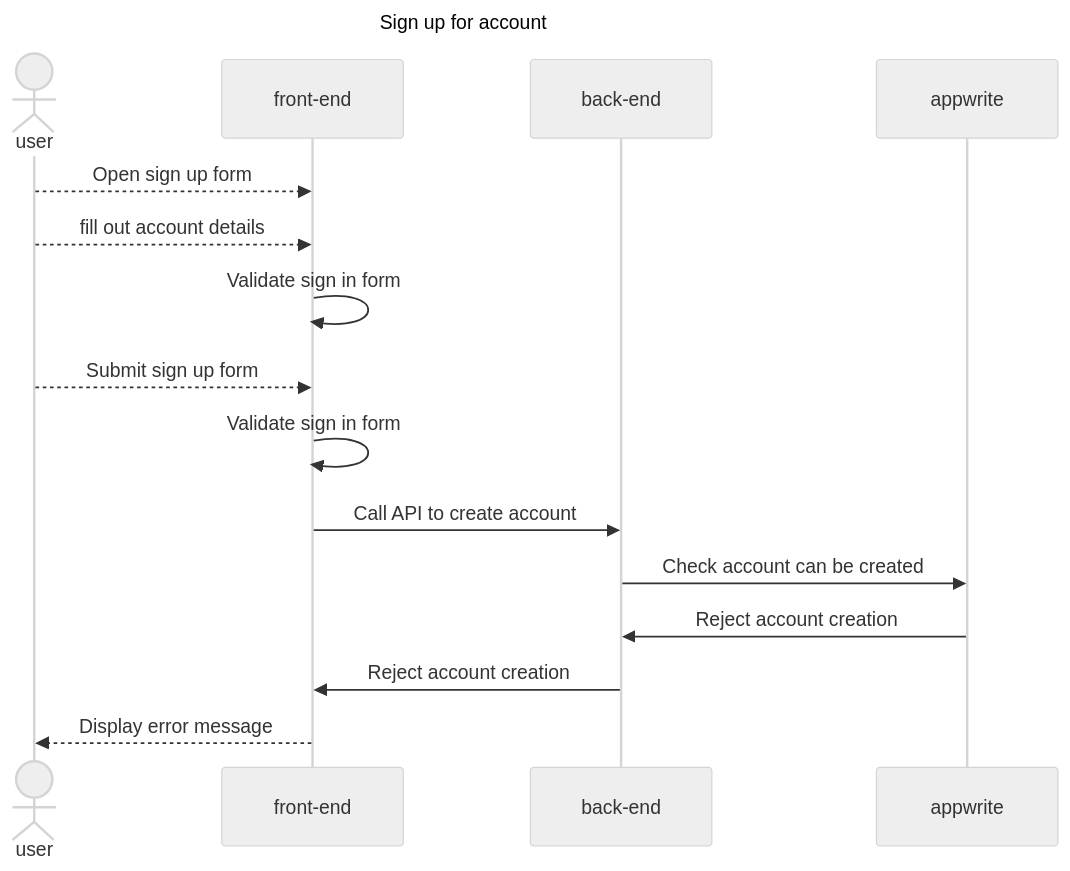
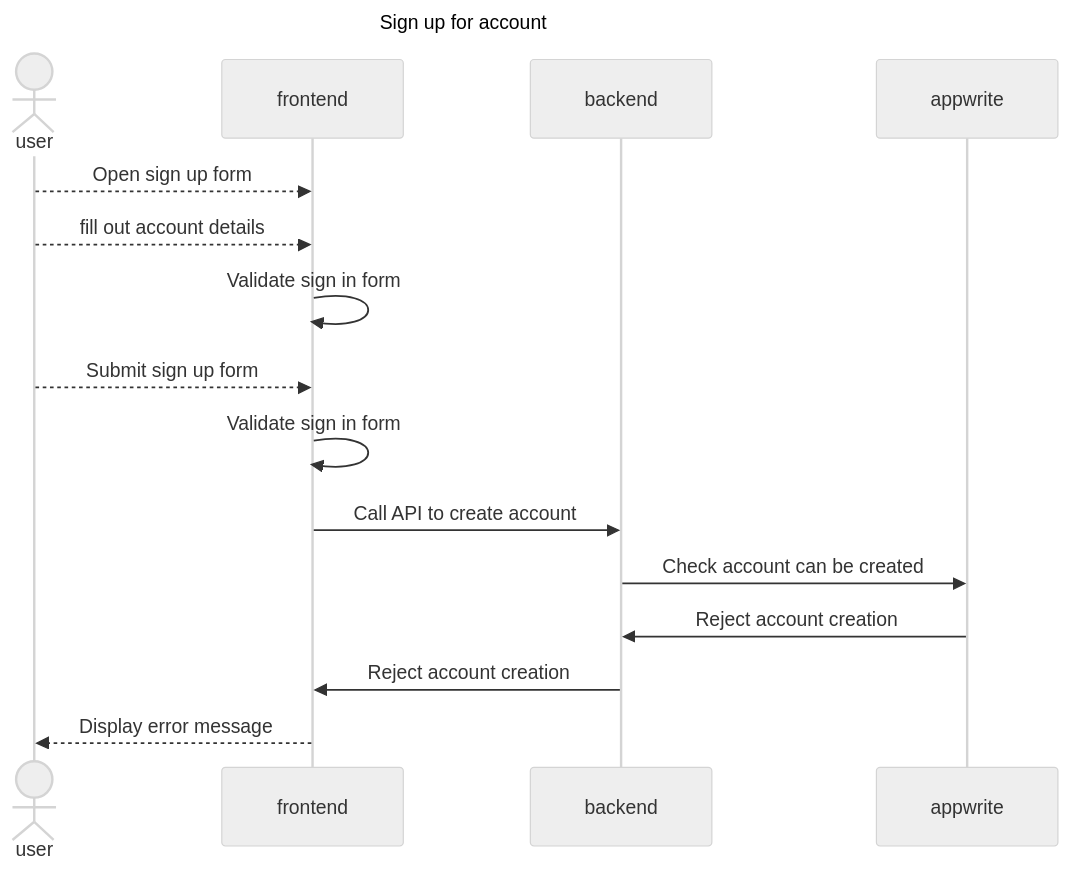
Before and after one commit to colinfwren/atomic-todo: the sixth of 6 diagrams in docs/user-flows/account/flows/creating-an-account.md, drawn with Mermaid (neutral theme). The commit also changed other lines of this file and 36 other files, not shown here.

Commit message:
Adding diagrams for user flows

````diff
--- a/docs/user-flows/account/flows/creating-an-account.md
+++ b/docs/user-flows/account/flows/creating-an-account.md
@@ -182,21 +184,21 @@
 ```mermaid
 ---
 title: Sign up for account
 ---
 sequenceDiagram
     actor user
-    participant front-end
-    participant back-end
+    participant frontend
+    participant backend
     participant appwrite
 
-    user-->>front-end: Open sign up form
-    user-->>front-end: fill out account details
-    front-end->>front-end: Validate sign in form
-    user-->>front-end: Submit sign up form
-    front-end->>front-end: Validate sign in form
-    front-end->>back-end: Call API to create account
-    back-end->>appwrite: Check account can be created
-    appwrite->>back-end: Reject account creation
-    back-end->>front-end: Reject account creation
-    front-end-->>user: Display error message
+    user-->>frontend: Open sign up form
+    user-->>frontend: fill out account details
+    frontend->>frontend: Validate sign in form
+    user-->>frontend: Submit sign up form
+    frontend->>frontend: Validate sign in form
+    frontend->>backend: Call API to create account
+    backend->>appwrite: Check account can be created
+    appwrite->>backend: Reject account creation
+    backend->>frontend: Reject account creation
+    frontend-->>user: Display error message
 ```
````
